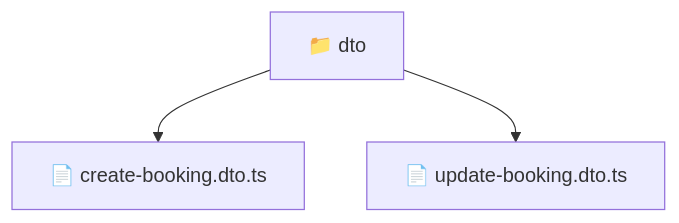
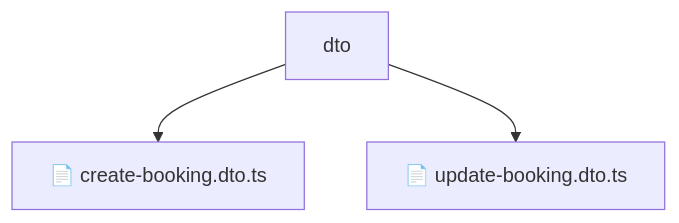
One commit to beginwebdev2002/fullstack-mavluda changed the diagram in backend/src/modules/booking/presentation/dto/README.md. Above: the diagram before and after it, drawn with Mermaid. The commit also changed other lines of this file and 155 other files, not shown here.

````diff
--- a/backend/src/modules/booking/presentation/dto/README.md
+++ b/backend/src/modules/booking/presentation/dto/README.md
@@ -10,6 +14,6 @@
 ```mermaid
 graph TD
-  Root["📁 dto"]
-  Root --> createbookingdtots["📄 create-booking.dto.ts"]
-  Root --> updatebookingdtots["📄 update-booking.dto.ts"]
+    Root[dto]
+    Root --> F0[📄 create-booking.dto.ts]
+    Root --> F1[📄 update-booking.dto.ts]
 ```
````
